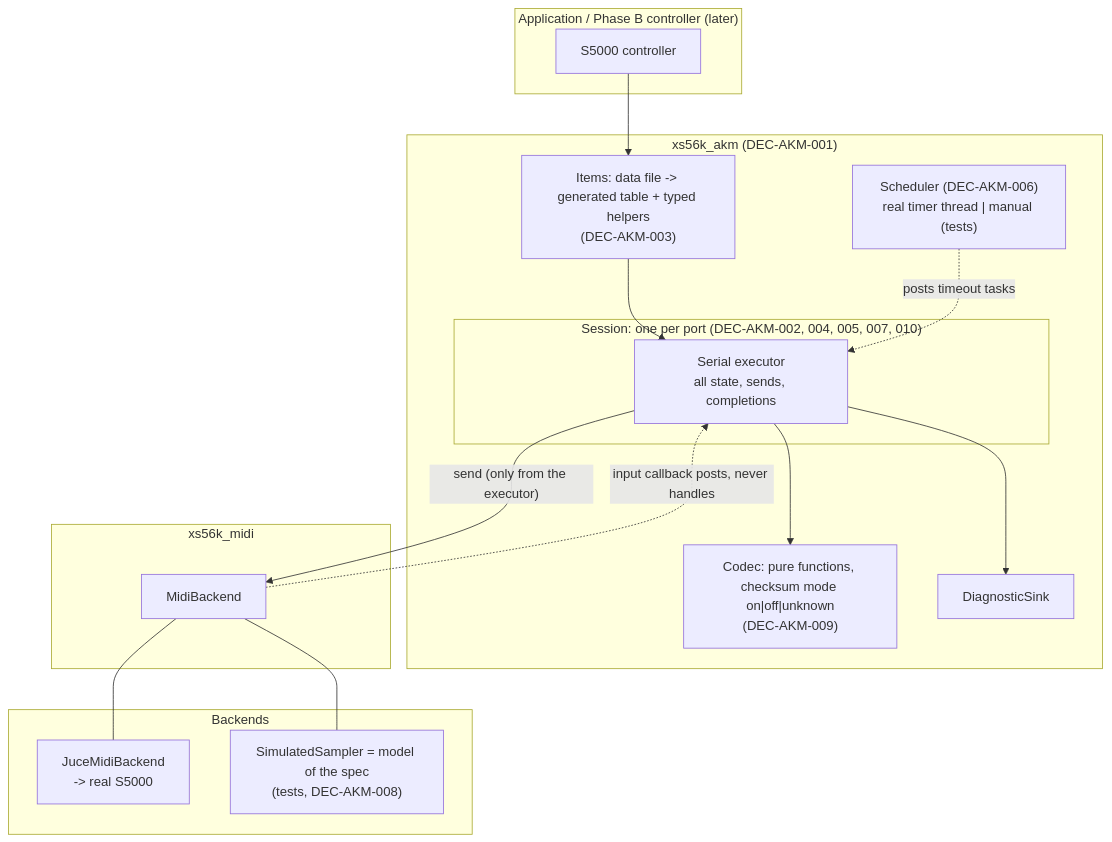
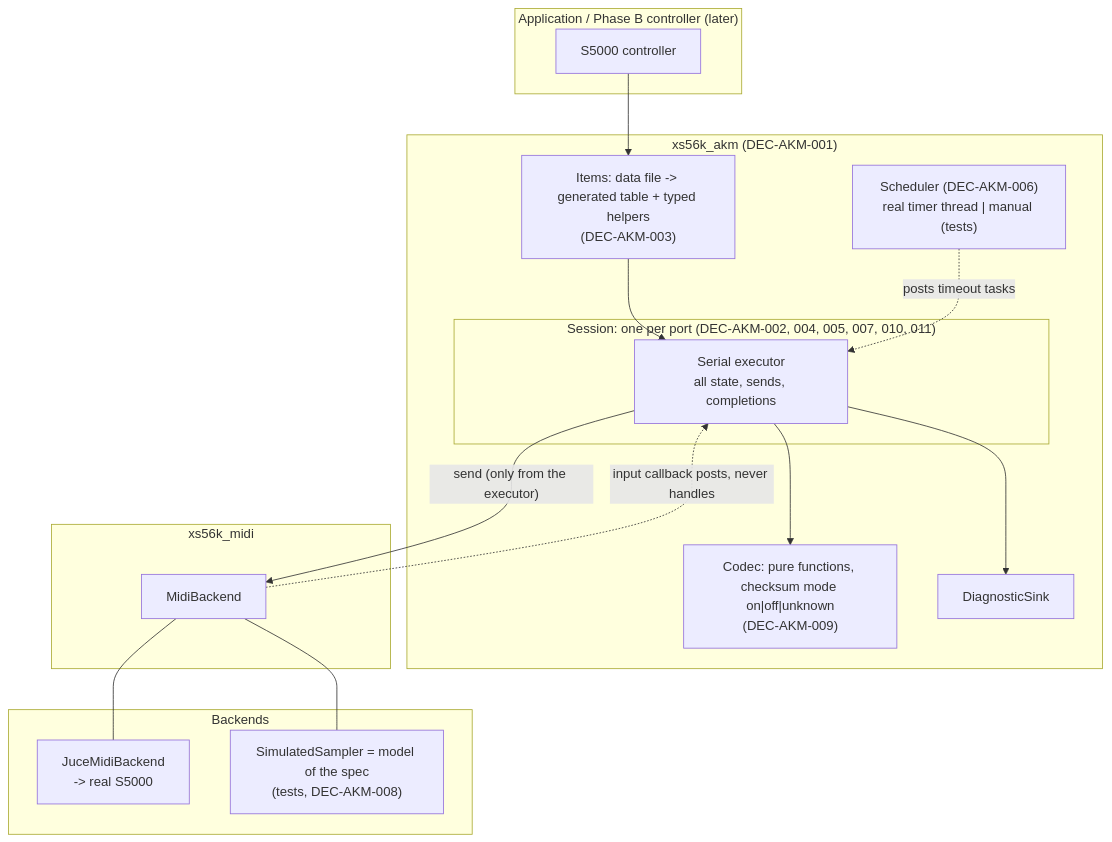
The diagram in process/2.architecture/ADR-AKM-001-akm-transport-architecture.md (xplorer2716/XS56K), drawn with Mermaid before and after one commit. The commit also changed other lines of this file and 14 other files, not shown here.

Commit message:
feat(AKM): ADR-AKM-001/TASK-AKM-006 add the session core and DEC-AKM-011

````diff
--- a/process/2.architecture/ADR-AKM-001-akm-transport-architecture.md
+++ b/process/2.architecture/ADR-AKM-001-akm-transport-architecture.md
@@ -245,29 +276,29 @@
 ```mermaid
 flowchart TB
     subgraph app["Application / Phase B controller (later)"]
         CTRL["S5000 controller"]
     end
     subgraph akm["xs56k_akm (DEC-AKM-001)"]
         ITEMS["Items: data file -> generated table + typed helpers\n(DEC-AKM-003)"]
-        subgraph sess["Session: one per port (DEC-AKM-002, 004, 005, 007, 010)"]
+        subgraph sess["Session: one per port (DEC-AKM-002, 004, 005, 007, 010, 011)"]
             EXE["Serial executor\nall state, sends, completions"]
         end
         COD["Codec: pure functions, checksum mode on|off|unknown\n(DEC-AKM-009)"]
         SCH["Scheduler (DEC-AKM-006)\nreal timer thread | manual (tests)"]
         DIAG["DiagnosticSink"]
     end
     subgraph midi["xs56k_midi"]
         BE["MidiBackend"]
     end
     subgraph impls["Backends"]
         JUCEB["JuceMidiBackend\n-> real S5000"]
         SIM["SimulatedSampler = model of the spec\n(tests, DEC-AKM-008)"]
     end
     CTRL --> ITEMS --> EXE --> COD
     SCH -. "posts timeout tasks" .-> EXE
     BE -. "input callback posts, never handles" .-> EXE
     EXE --> DIAG
     EXE -->|"send (only from the executor)"| BE
     BE --- JUCEB
     BE --- SIM
 ```
````
